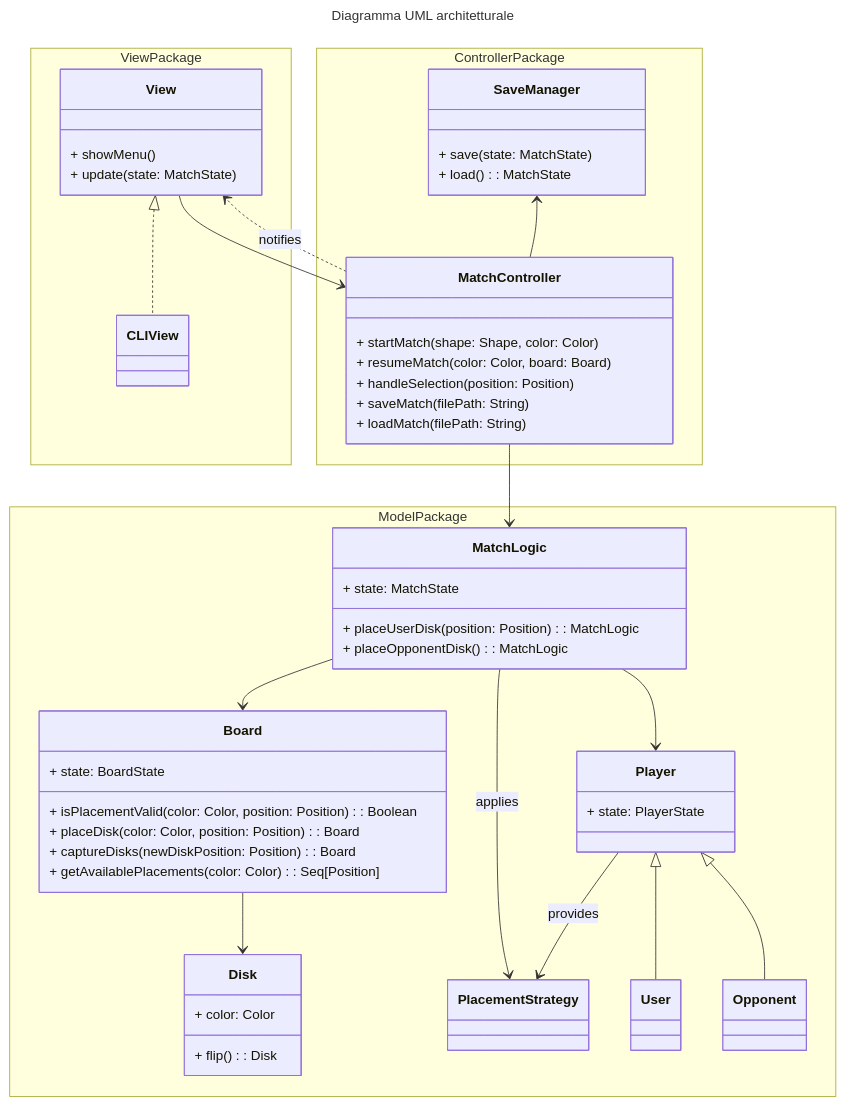
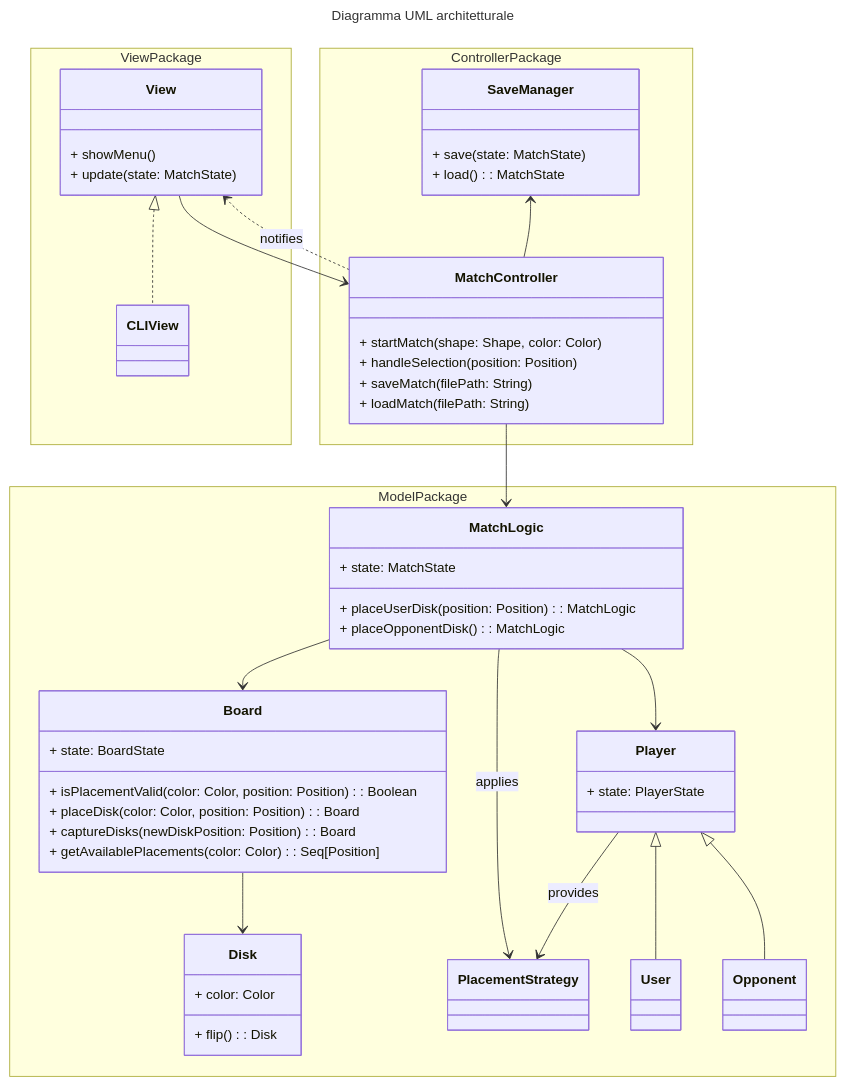
One commit to Borgotto/PPS-25-scalatello changed the first of 3 diagrams in docs/report/4-architectural-design.md. Above: the diagram before and after it, drawn with Mermaid. The commit also changed 1 other file, not shown here.

Commit message:
Refactor: MatchController design
- remove resumeMatch function

````diff
--- a/docs/report/4-architectural-design.md
+++ b/docs/report/4-architectural-design.md
@@ -15,68 +15,67 @@
 ```mermaid
 ---
 title: Diagramma UML architetturale
 ---
 classDiagram
   namespace ViewPackage {
     class View {
       + showMenu()
       + update(state: MatchState)
     }
     class CLIView
   }
   namespace ControllerPackage {
     class MatchController {
       + startMatch(shape: Shape, color: Color)
-      + resumeMatch(color: Color, board: Board)
       + handleSelection(position: Position)
       + saveMatch(filePath: String)
       + loadMatch(filePath: String)
     }
     class SaveManager {
       + save(state: MatchState)
       + load(): MatchState
     }
   }
   namespace ModelPackage {
     class MatchLogic {
       + state: MatchState
       + placeUserDisk(position: Position): MatchLogic
       + placeOpponentDisk(): MatchLogic
     }
     class Board {
       + state: BoardState
       + isPlacementValid(color: Color, position: Position): Boolean
       + placeDisk(color: Color, position: Position): Board
       + captureDisks(newDiskPosition: Position): Board
       + getAvailablePlacements(color: Color): Seq[Position]
     }
     class Disk {
       + color: Color
       + flip(): Disk
     }
     class Player {
       + state: PlayerState
     }
     class PlacementStrategy
     class User
     class Opponent
   }
 
     MatchLogic --> Board
     MatchLogic --> Player
     MatchLogic --> PlacementStrategy: applies
 
     Player <|-- User
     Player <|-- Opponent
 
     Player --> PlacementStrategy : provides
 
     Board --> Disk
 
     View --> MatchController
     MatchController ..> View : notifies
     MatchController --> MatchLogic
     SaveManager <-- MatchController
 
     View <|.. CLIView
 ```
````
